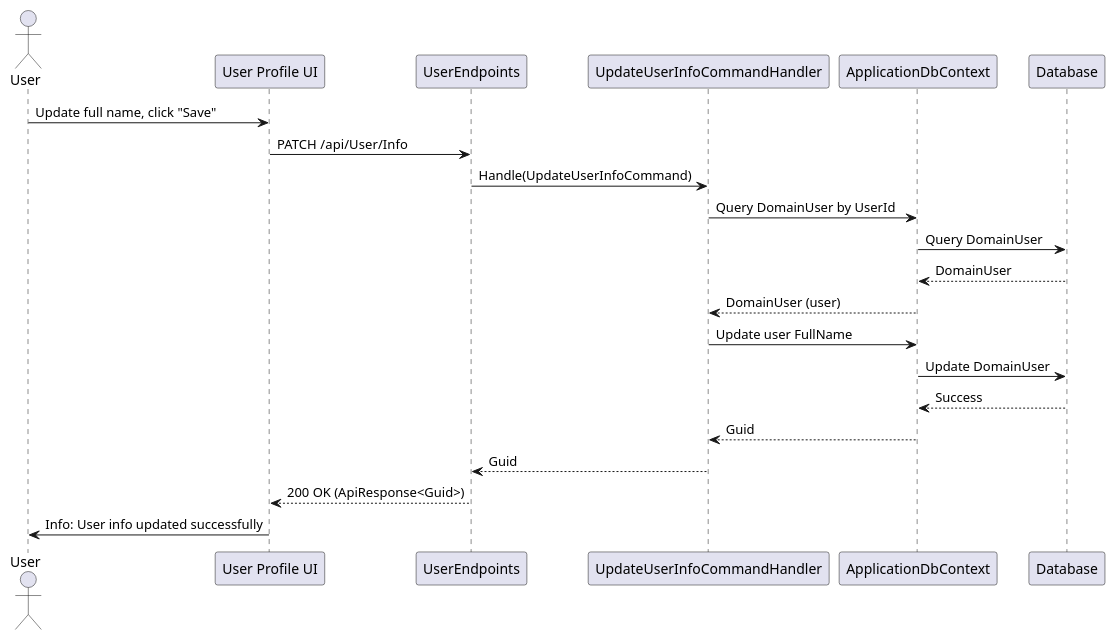
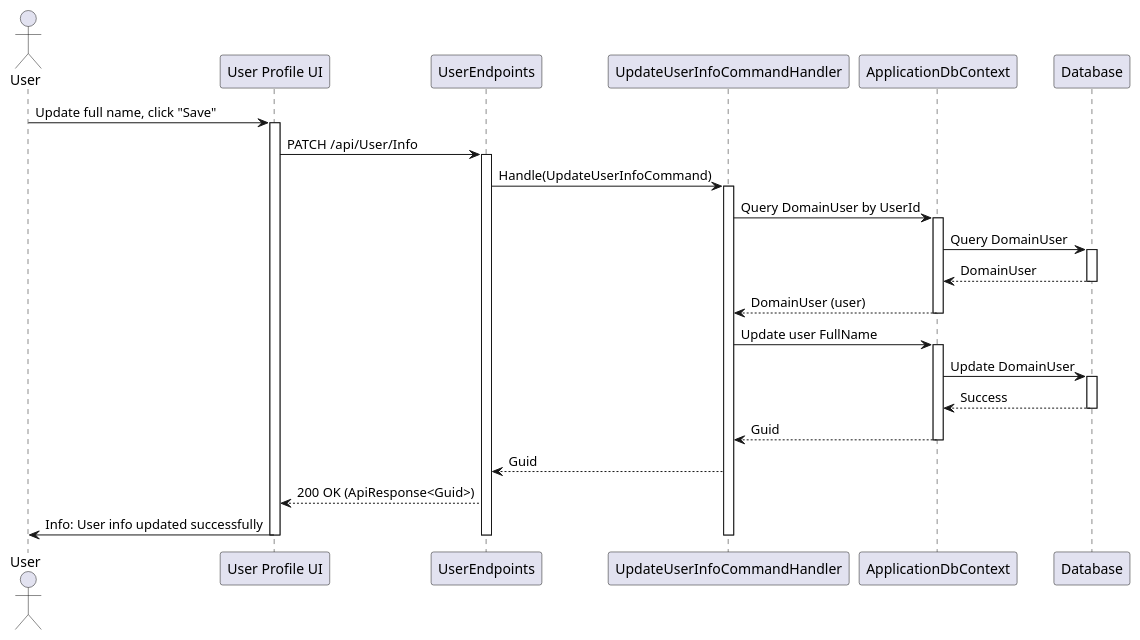
Before and after one commit to thanhkhac/SEP_Diagram: the diagram in Users/Sequence/UpdateUserInfoCommand.puml, drawn with PlantUML. The commit also changed 52 other files, not shown here.

Commit message:
Add UI activation/deactivation to sequence diagrams

```diff
--- a/Users/Sequence/UpdateUserInfoCommand.puml
+++ b/Users/Sequence/UpdateUserInfoCommand.puml
@@ -1,24 +1,37 @@
 @startuml
 actor User
 participant "User Profile UI" as UI
 participant UserEndpoints
 participant UpdateUserInfoCommandHandler as Handler
 participant ApplicationDbContext
 participant Database
 
 User -> UI : Update full name, click "Save"
+activate UI
 UI -> UserEndpoints : PATCH /api/User/Info
+activate UserEndpoints
 UserEndpoints -> Handler : Handle(UpdateUserInfoCommand)
+activate Handler
 Handler -> ApplicationDbContext : Query DomainUser by UserId
+activate ApplicationDbContext
 ApplicationDbContext -> Database : Query DomainUser
+activate Database
 Database --> ApplicationDbContext : DomainUser
+deactivate Database
 ApplicationDbContext --> Handler : DomainUser (user)
+deactivate ApplicationDbContext
 Handler -> ApplicationDbContext : Update user FullName
+activate ApplicationDbContext
 ApplicationDbContext -> Database : Update DomainUser
+activate Database
 Database --> ApplicationDbContext : Success
+deactivate Database
 ApplicationDbContext --> Handler : Guid
+deactivate ApplicationDbContext
 Handler --> UserEndpoints : Guid
 UserEndpoints --> UI : 200 OK (ApiResponse<Guid>)
 UI -> User : Info: User info updated successfully
-
+deactivate Handler
+deactivate UserEndpoints
+deactivate UI
 @enduml
```
